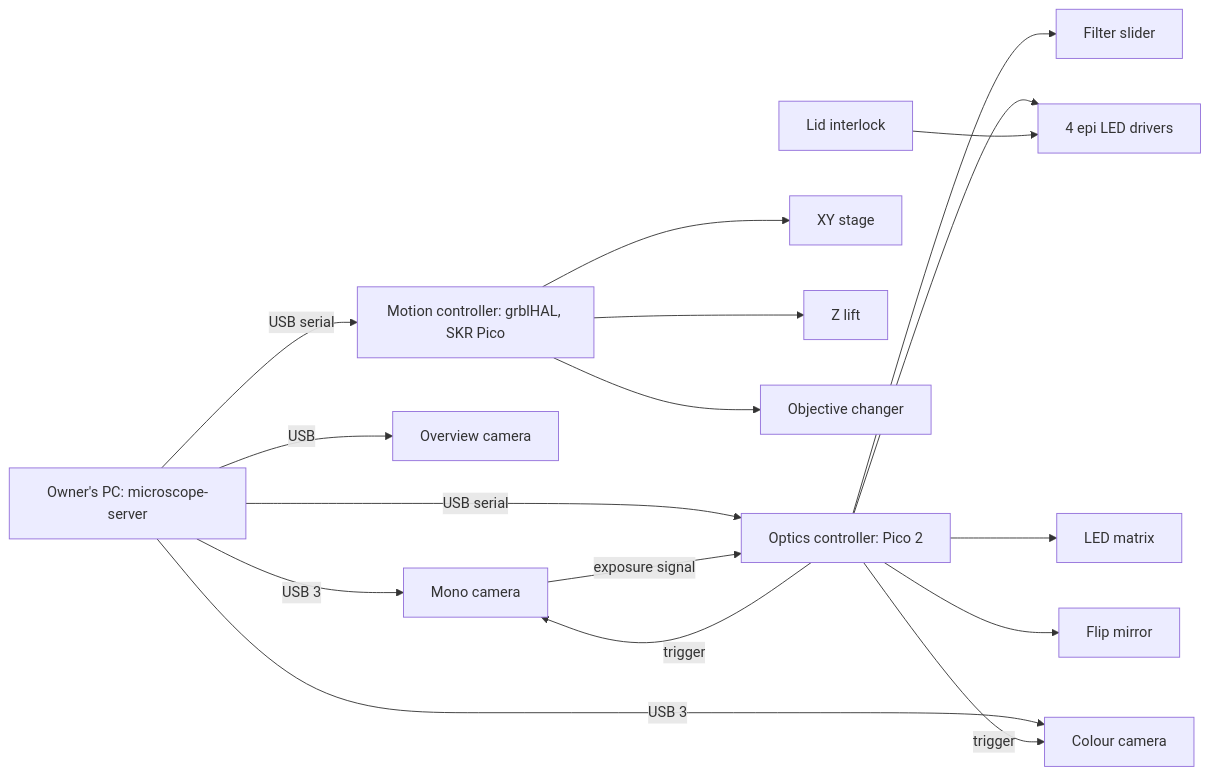
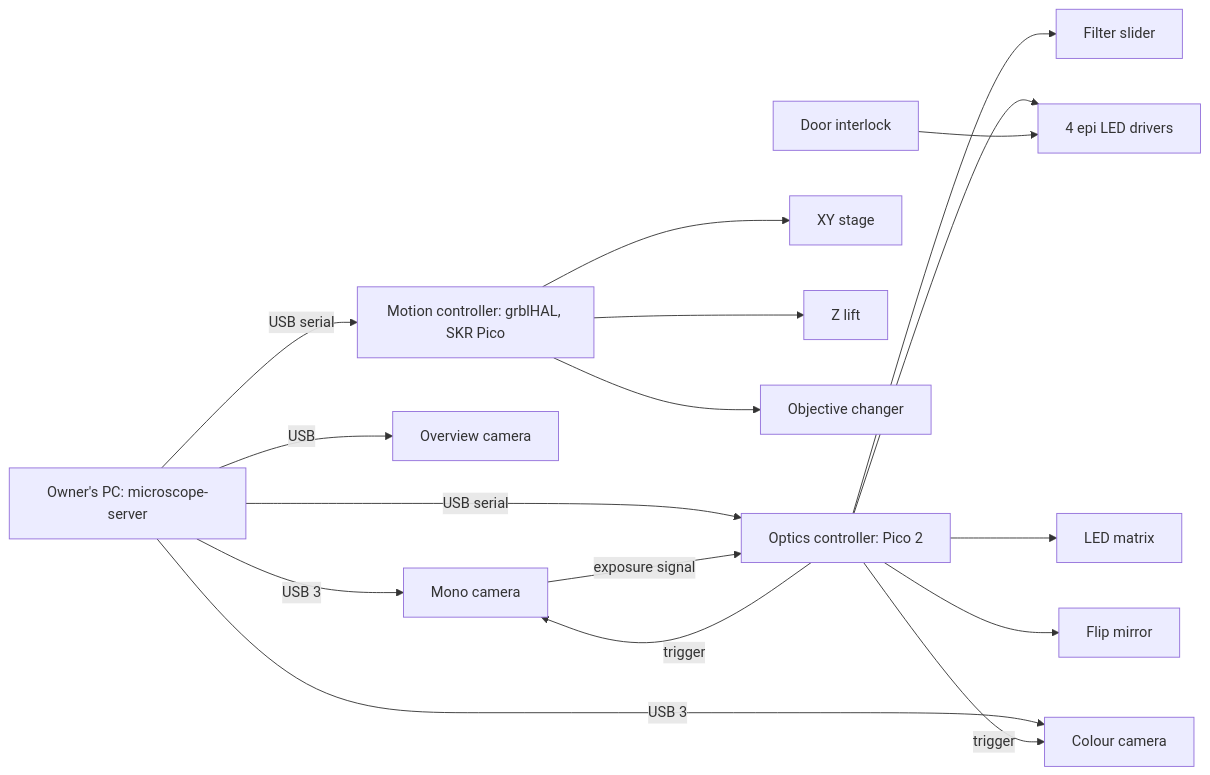
One commit to lucaswewa/microscope changed the diagram in docs/misc/optima_hardware_design.md. Above: the diagram before and after it, drawn with Mermaid. The commit also changed other lines of this file and 12 other files, not shown here.

````diff
--- a/docs/misc/optima_hardware_design.md
+++ b/docs/misc/optima_hardware_design.md
@@ -109,19 +109,19 @@
 ```mermaid
 flowchart LR
     PC[Owner's PC: microscope-server] -- USB 3 --> MONO[Mono camera]
     PC -- USB 3 --> COL[Colour camera]
     PC -- USB --> OV[Overview camera]
     PC -- USB serial --> MC[Motion controller: grblHAL, SKR Pico]
     PC -- USB serial --> OC[Optics controller: Pico 2]
     MC --> XY[XY stage]
     MC --> Z[Z lift]
     MC --> A[Objective changer]
     OC --> B[Filter slider]
     OC --> EPI[4 epi LED drivers]
     OC --> MAT[LED matrix]
     OC --> FLIP[Flip mirror]
     OC -- trigger --> MONO
     MONO -- exposure signal --> OC
     OC -- trigger --> COL
-    LID[Lid interlock] --> EPI
+    LID[Door interlock] --> EPI
 ```
````
